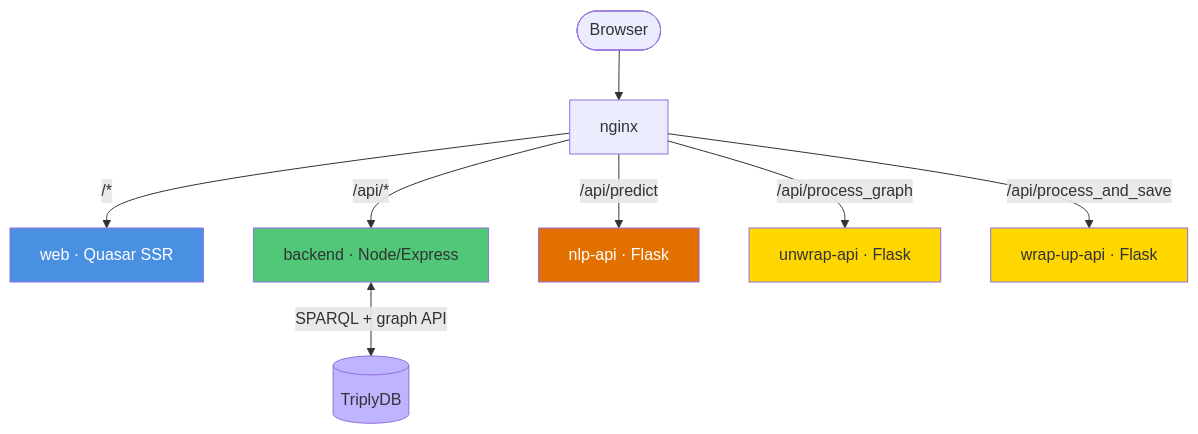
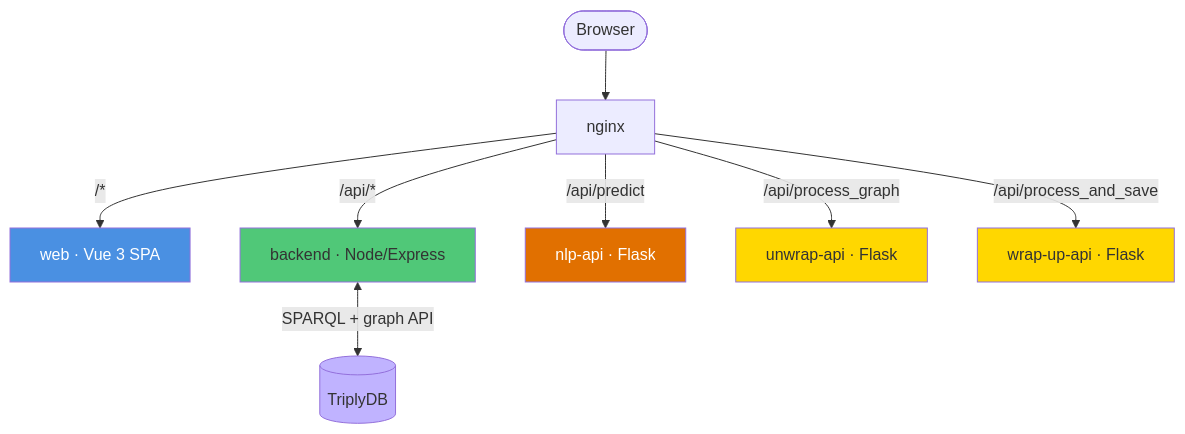
The diagram in docs/en/norm-editor/developer/architecture.md (sgort/iou-architectuur), drawn with Mermaid before and after one commit. The commit also changed other lines of this file and 10 other files, not shown here.

````diff
--- a/docs/en/norm-editor/developer/architecture.md
+++ b/docs/en/norm-editor/developer/architecture.md
@@ -11,26 +11,26 @@
 ```mermaid
 graph TB
     Browser([Browser])
     NGINX[nginx]
-    WEB[web · Quasar SSR]
+    WEB[web · Vue 3 SPA]
     BACKEND[backend · Node/Express]
     NLP[nlp-api · Flask]
     UNWRAP[unwrap-api · Flask]
     WRAPUP[wrap-up-api · Flask]
     TRIPLY[(TriplyDB)]
 
     Browser --> NGINX
     NGINX -->|/*| WEB
     NGINX -->|/api/predict| NLP
     NGINX -->|/api/process_graph| UNWRAP
     NGINX -->|/api/process_and_save| WRAPUP
     NGINX -->|/api/*| BACKEND
     BACKEND <-->|SPARQL + graph API| TRIPLY
 
     style WEB fill:#4a90e2,color:#fff
     style BACKEND fill:#50c878
     style NLP fill:#e17000,color:#fff
     style UNWRAP fill:#ffd700
     style WRAPUP fill:#ffd700
     style TRIPLY fill:#c0b3ff
 ```
````
